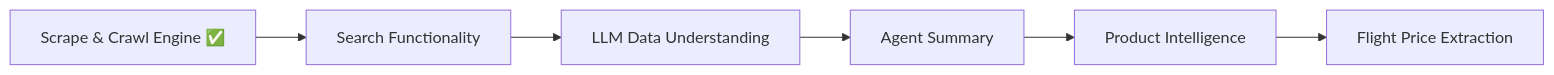
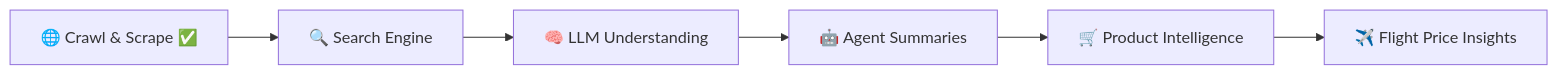
The diagram in README.md (jeevabca/new_imp), drawn with Mermaid before and after one commit. The commit also changed other lines of this file, not shown here.

````diff
--- a/README.md
+++ b/README.md
@@ -30,8 +40,8 @@
 ```mermaid
 flowchart LR
-    A[Scrape & Crawl Engine ✅] --> B[Search Functionality]
-    B --> C[LLM Data Understanding]
-    C --> D[Agent Summary]
-    D --> E[Product Intelligence]
-    E --> F[Flight Price Extraction]
+    A[🌐 Crawl & Scrape ✅] --> B[🔍 Search Engine]
+    B --> C[🧠 LLM Understanding]
+    C --> D[🤖 Agent Summaries]
+    D --> E[🛒 Product Intelligence]
+    E --> F[✈️ Flight Price Insights]
 ```
````
